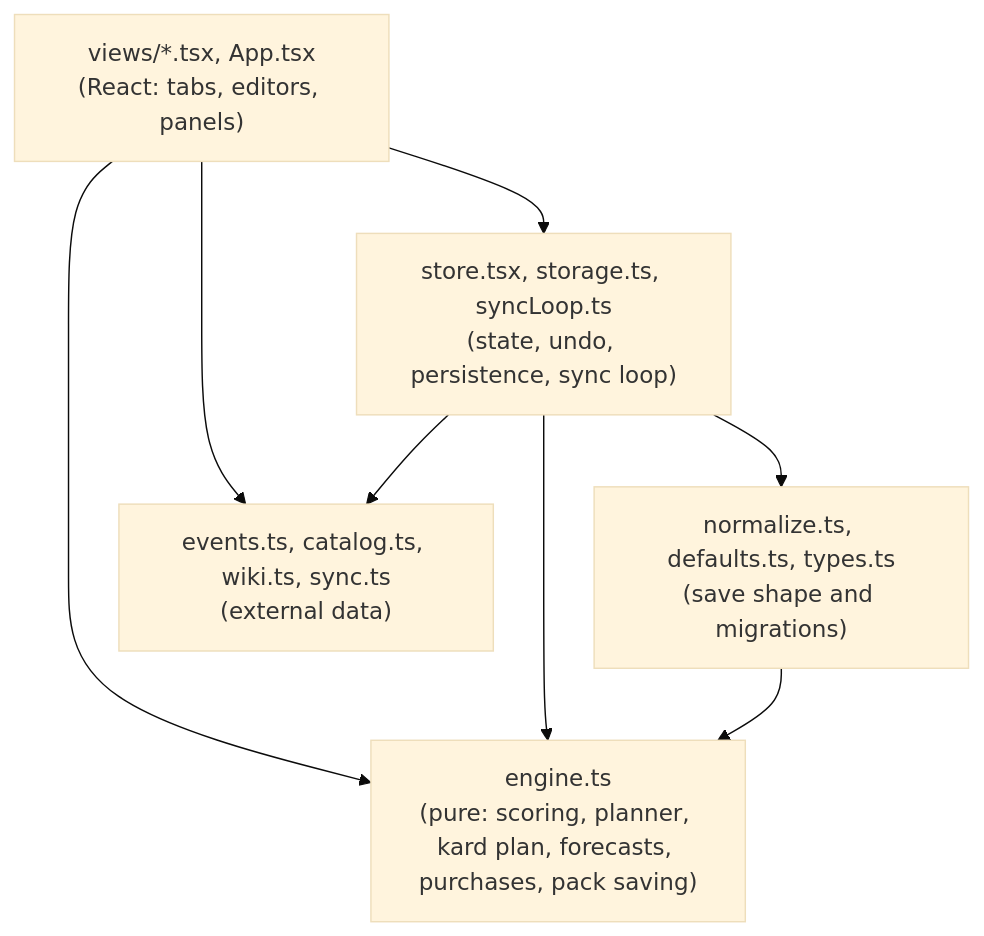
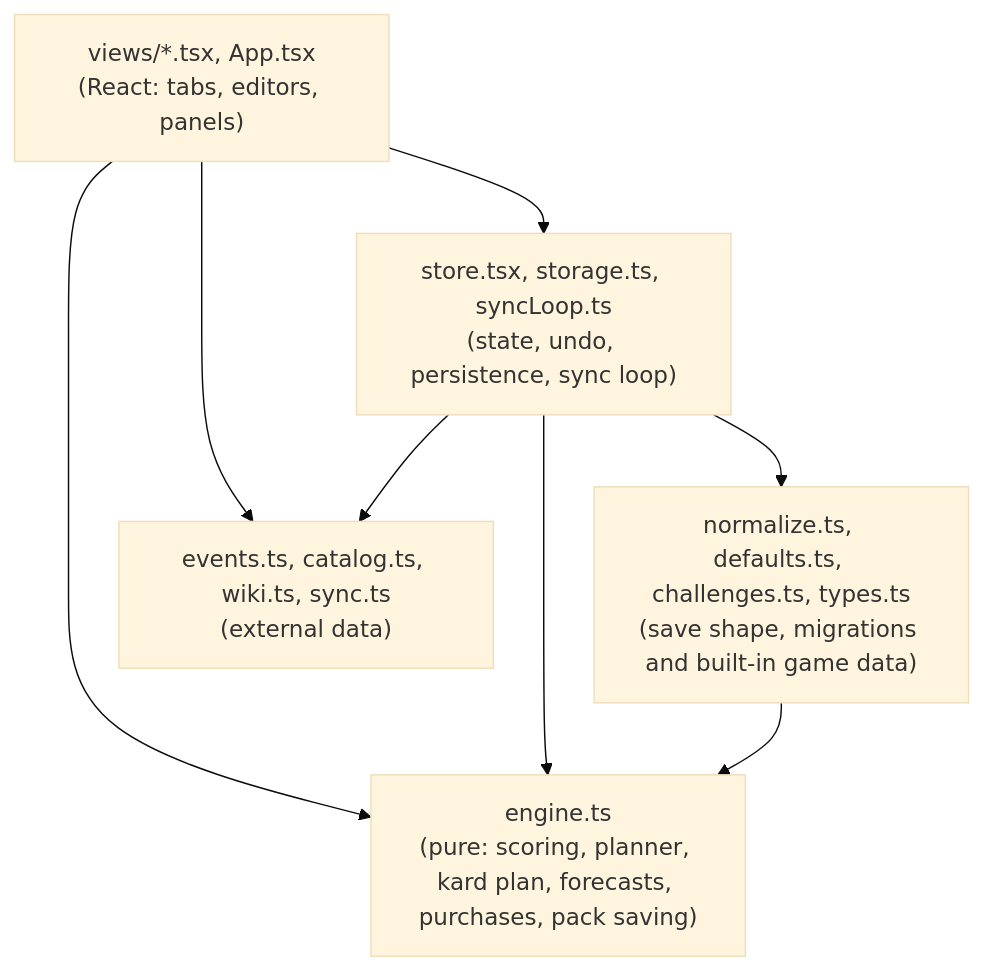
Before and after one commit to Simba3696/mkmax: the second of 3 diagrams in docs/architecture.md, drawn with Mermaid (base theme). The commit also changed 3 other files, not shown here.

````diff
--- a/docs/architecture.md
+++ b/docs/architecture.md
@@ -31,15 +31,15 @@
 ```mermaid
 flowchart TB
   Views["views/*.tsx, App.tsx<br/>(React: tabs, editors, panels)"]
   Store["store.tsx, storage.ts, syncLoop.ts<br/>(state, undo, persistence, sync loop)"]
   Engine["engine.ts<br/>(pure: scoring, planner, kard plan, forecasts, purchases, pack saving)"]
-  Data["normalize.ts, defaults.ts, types.ts<br/>(save shape and migrations)"]
+  Data["normalize.ts, defaults.ts, challenges.ts, types.ts<br/>(save shape, migrations and built-in game data)"]
   Ext["events.ts, catalog.ts, wiki.ts, sync.ts<br/>(external data)"]
   Views --> Store
   Views --> Engine
   Views --> Ext
   Store --> Data
   Store --> Engine
   Store --> Ext
   Data --> Engine
 ```
````
